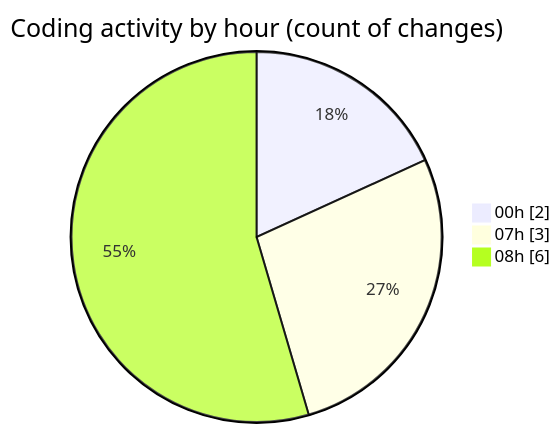
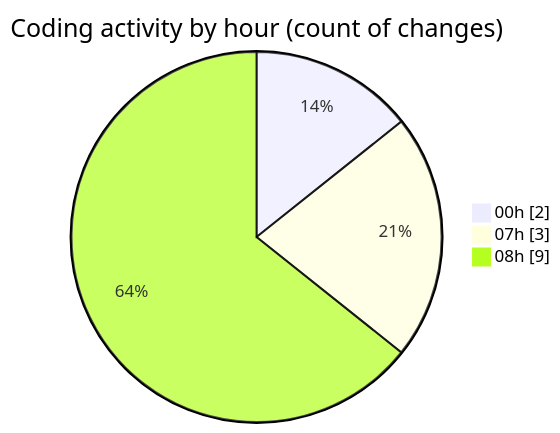
Before and after one commit to donsfak/code-tracking: the second of 2 diagrams in 2025-02-10/maps_clone/README.md, drawn with Mermaid. The commit also changed other lines of this file and 1 other file, not shown here.

````diff
--- a/2025-02-10/maps_clone/README.md
+++ b/2025-02-10/maps_clone/README.md
@@ -31,7 +33,7 @@
 ```mermaid
 pie showData
 title Coding activity by hour (count of changes)
 "00h" : 2
 "07h" : 3
-"08h" : 6
+"08h" : 9
 ```
````
